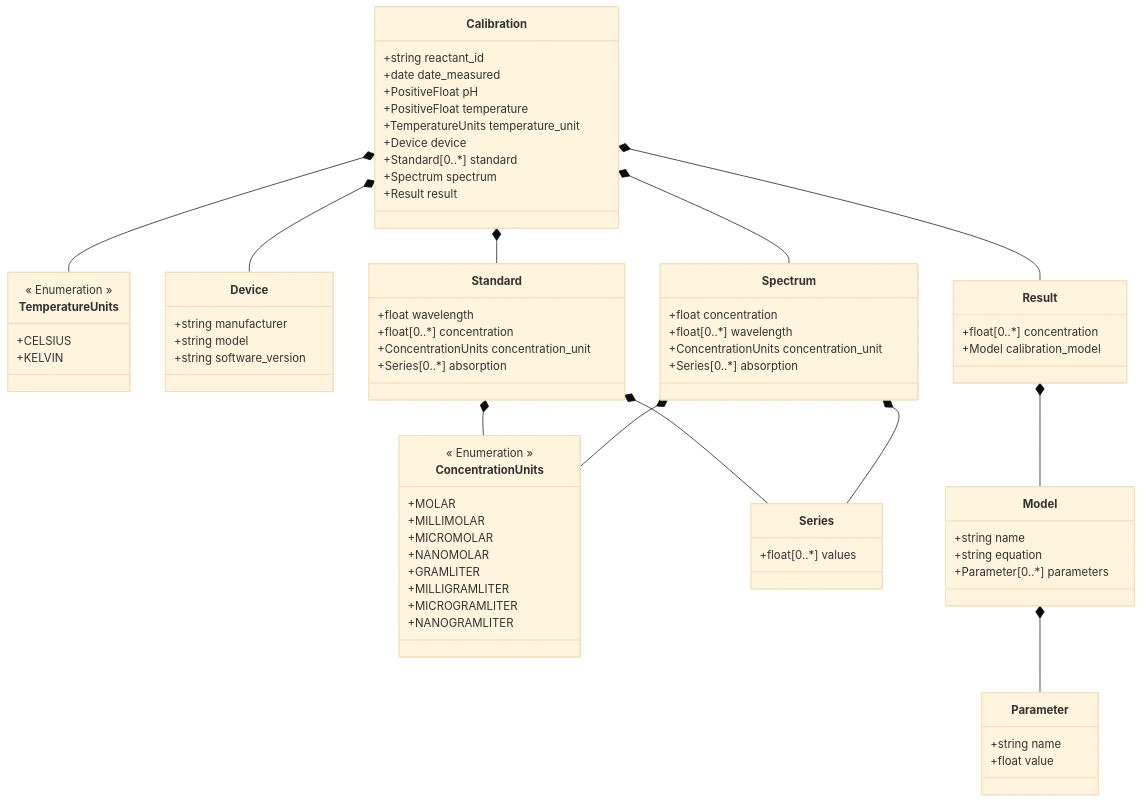
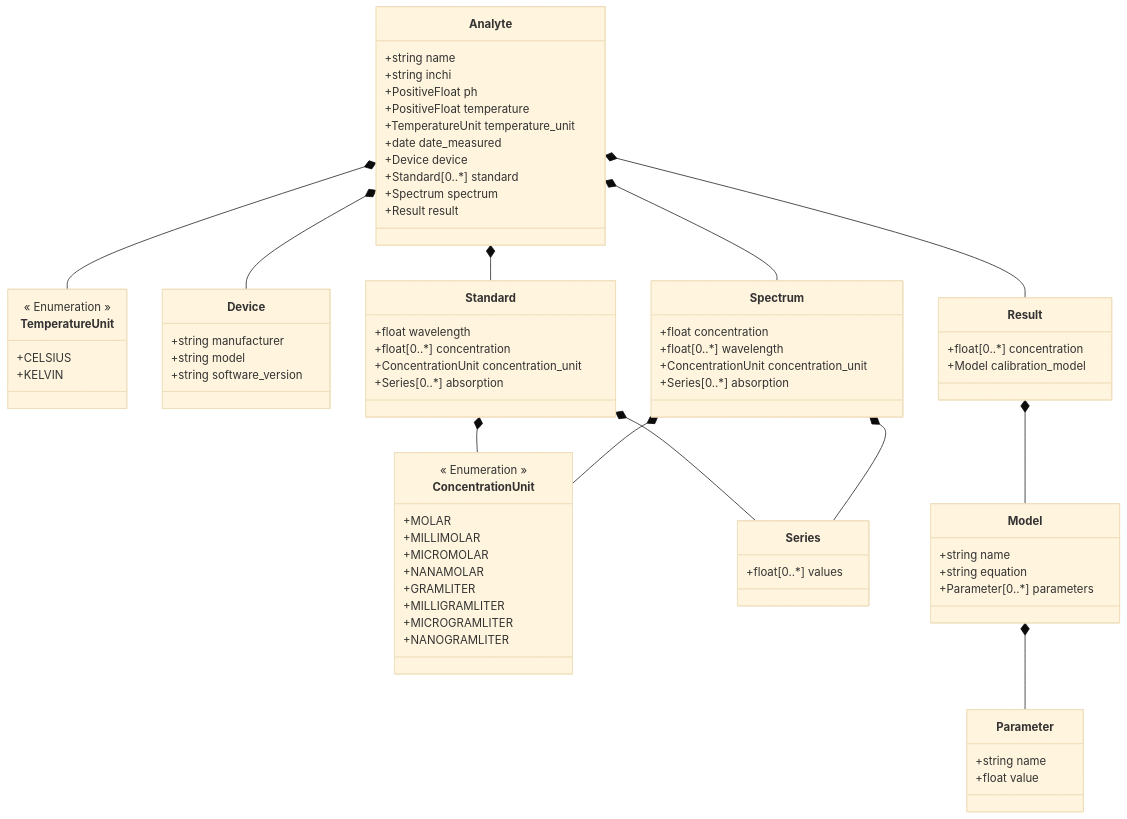
Before and after one commit to FAIRChemistry/datamodel_calibration: the diagram in CaliPytion/schemes/calipytion_schema.md, drawn with Mermaid (base theme). The commit also changed 6 other files, not shown here.

````diff
--- a/CaliPytion/schemes/calipytion_schema.md
+++ b/CaliPytion/schemes/calipytion_schema.md
@@ -1,23 +1,24 @@
 ```mermaid
 classDiagram
-    Calibration *-- TemperatureUnits
-    Calibration *-- Device
-    Calibration *-- Standard
-    Calibration *-- Spectrum
-    Calibration *-- Result
-    Standard *-- ConcentrationUnits
+    Analyte *-- TemperatureUnit
+    Analyte *-- Device
+    Analyte *-- Standard
+    Analyte *-- Spectrum
+    Analyte *-- Result
+    Standard *-- ConcentrationUnit
     Standard *-- Series
-    Spectrum *-- ConcentrationUnits
+    Spectrum *-- ConcentrationUnit
     Spectrum *-- Series
     Result *-- Model
     Model *-- Parameter
     
-    class Calibration {
-        +string reactant_id
+    class Analyte {
+        +string name
+        +string inchi
+        +PositiveFloat ph
+        +PositiveFloat temperature
+        +TemperatureUnit temperature_unit
         +date date_measured
-        +PositiveFloat pH
-        +PositiveFloat temperature
-        +TemperatureUnits temperature_unit
         +Device device
         +Standard[0..*] standard
         +Spectrum spectrum
@@ -33,14 +34,14 @@
     class Standard {
         +float wavelength
         +float[0..*] concentration
-        +ConcentrationUnits concentration_unit
+        +ConcentrationUnit concentration_unit
         +Series[0..*] absorption
     }
     
     class Spectrum {
         +float concentration
         +float[0..*] wavelength
-        +ConcentrationUnits concentration_unit
+        +ConcentrationUnit concentration_unit
         +Series[0..*] absorption
     }
     
@@ -64,18 +65,18 @@
         +float[0..*] values
     }
     
-    class TemperatureUnits {
+    class TemperatureUnit {
         << Enumeration >>
         +CELSIUS
         +KELVIN
     }
     
-    class ConcentrationUnits {
+    class ConcentrationUnit {
         << Enumeration >>
         +MOLAR
         +MILLIMOLAR
         +MICROMOLAR
-        +NANOMOLAR
+        +NANAMOLAR
         +GRAMLITER
         +MILLIGRAMLITER
         +MICROGRAMLITER
````
